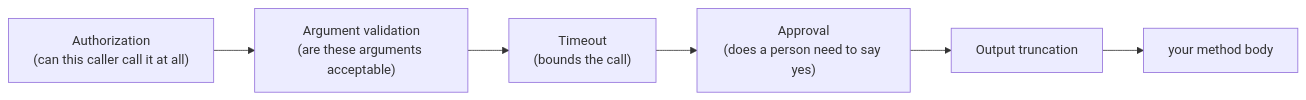
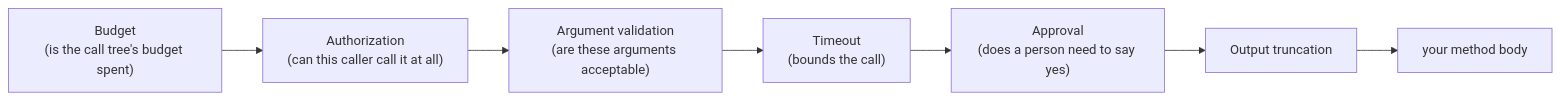
The diagram in docs-site/src/content/docs/guides/write-your-own-tool.md (farukatasoy/Tracon), drawn with Mermaid before and after one commit. The commit also changed other lines of this file and 20 other files, not shown here.

Commit message:
feat(tools): a tool call does not start once the call tree's budget is spent

````diff
--- a/docs-site/src/content/docs/guides/write-your-own-tool.md
+++ b/docs-site/src/content/docs/guides/write-your-own-tool.md
@@ -174,10 +174,11 @@
 ```mermaid
 flowchart LR
     accTitle: Tool call pipeline order
-    accDescr: A tool call passes through authorization, argument validation, timeout, approval, and output truncation, in that fixed order, before the real method body runs.
-    A["Authorization<br/>(can this caller call it at all)"] --> B["Argument validation<br/>(are these arguments acceptable)"]
+    accDescr: A tool call passes through the budget check, authorization, argument validation, timeout, approval, and output truncation, in that fixed order, before the real method body runs.
+    Z["Budget<br/>(is the call tree's budget spent)"] --> A["Authorization<br/>(can this caller call it at all)"]
+    A --> B["Argument validation<br/>(are these arguments acceptable)"]
     B --> C["Timeout<br/>(bounds the call)"]
     C --> D["Approval<br/>(does a person need to say yes)"]
     D --> E["Output truncation"]
     E --> F["your method body"]
 ```
````
